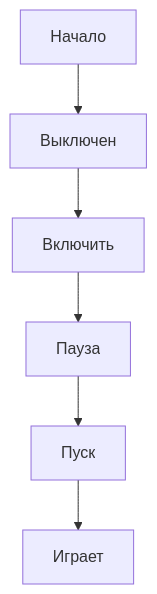
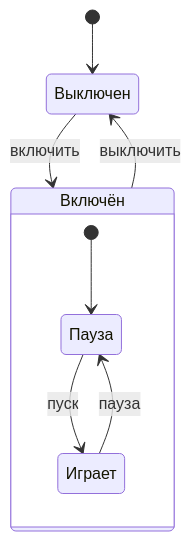
The diagram in README.md (nopleassure/Lab4), drawn with Mermaid before and after one commit. The commit also changed other lines of this file, not shown here.

````diff
--- a/README.md
+++ b/README.md
@@ -32,9 +31,11 @@
 ```mermaid
-graph TD;
-    Начало-->Выключен;
-    Выключен-->Включить;
-    Включить-->Пауза;
-    Пауза-->Пуск;
-    Пуск-->Играет
-   
+stateDiagram-v2
+    [*] --> Выключен
+    state "Включён" as On {
+        [*] --> Пауза
+        Пауза --> Играет: пуск
+        Играет --> Пауза: пауза
+    }
+    Выключен --> On: включить
+    On --> Выключен: выключить
 ```
````
